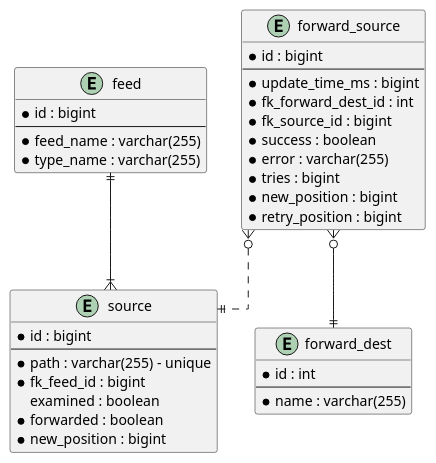
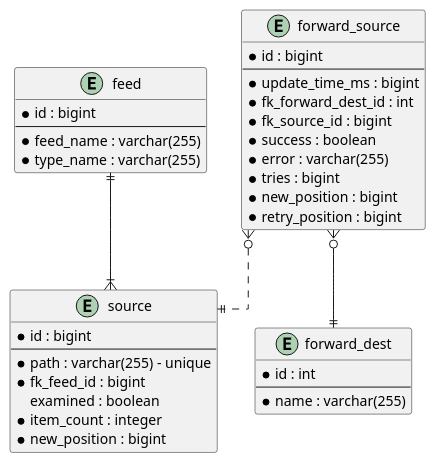
The diagram in stroom-proxy/stroom-proxy-app/doc/forward-stored-data-entity.puml (gchq/stroom), drawn with PlantUML before and after one commit. The commit also changed 16 other files, not shown here.

```diff
--- a/stroom-proxy/stroom-proxy-app/doc/forward-stored-data-entity.puml
+++ b/stroom-proxy/stroom-proxy-app/doc/forward-stored-data-entity.puml
@@ -1,47 +1,47 @@
 @startuml
 
 ' avoid problems with angled crows feet
 skinparam linetype ortho
 
 entity feed {
   *id : bigint
   --
   *feed_name : varchar(255)
   *type_name : varchar(255)
 }
 
 entity source {
   *id : bigint
   --
   *path : varchar(255) - unique
   *fk_feed_id : bigint
   examined : boolean
-  *forwarded : boolean
+  *item_count : integer
   *new_position : bigint
 }
 
 entity forward_dest {
   *id : int
   --
   *name : varchar(255)
 }
 
 entity forward_source {
   *id : bigint
   --
   *update_time_ms : bigint
   *fk_forward_dest_id : int
   *fk_source_id : bigint
   *success : boolean
   *error : varchar(255)
   *tries : bigint
   *new_position : bigint
   *retry_position : bigint
 }
 
 feed ||--|{ source
 
 forward_source }o--|| forward_dest
 forward_source }o..|| source
 
 @enduml
```
